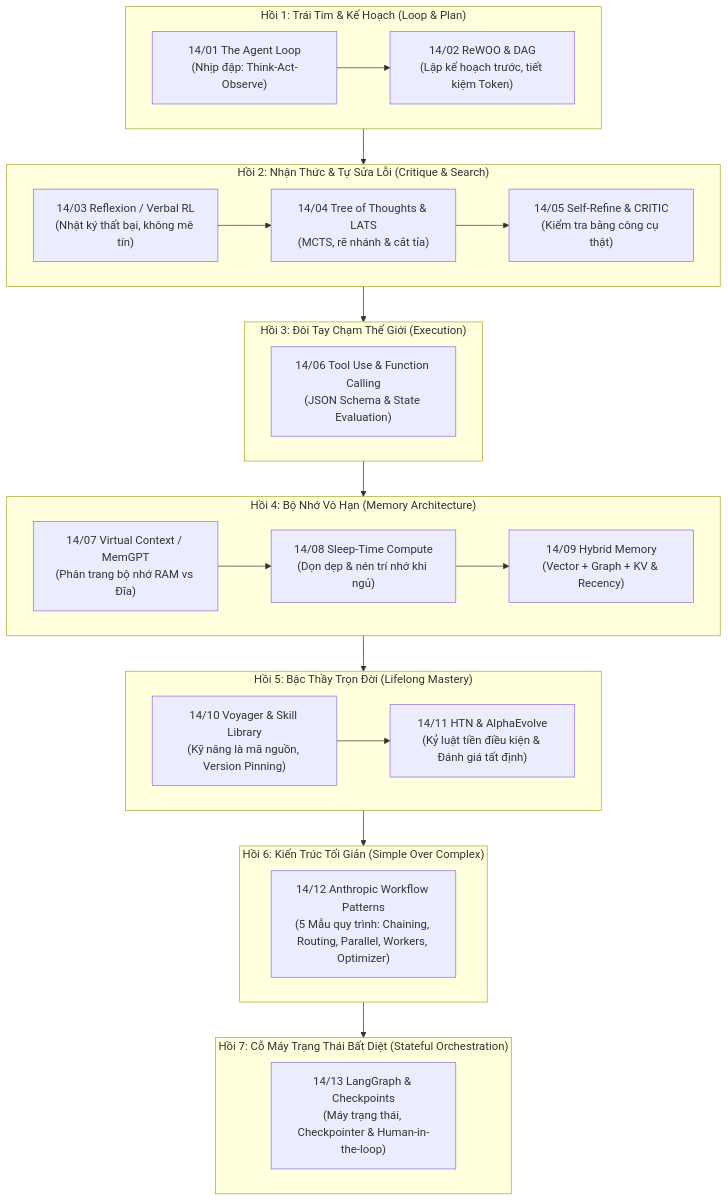
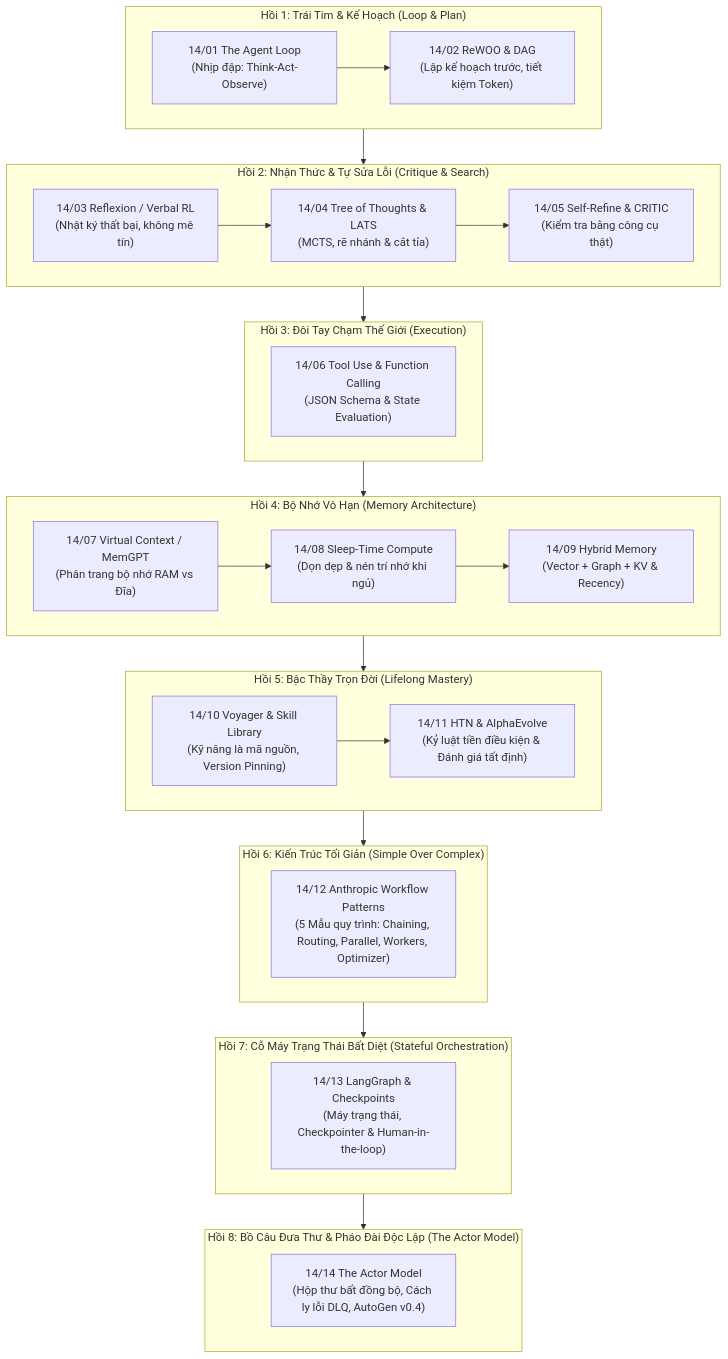
One commit to tangerine0000/ai-engineer-sandbox changed the diagram in REPORT.md. Above: the diagram before and after it, drawn with Mermaid. The commit also changed other lines of this file and 2 other files, not shown here.

````diff
--- a/REPORT.md
+++ b/REPORT.md
@@ -8,34 +8,38 @@
 ```mermaid
 flowchart TD
     subgraph Act1["Hồi 1: Trái Tim & Kế Hoạch (Loop & Plan)"]
         L01["14/01 The Agent Loop<br/>(Nhịp đập: Think-Act-Observe)"] --> L02["14/02 ReWOO & DAG<br/>(Lập kế hoạch trước, tiết kiệm Token)"]
     end
 
     subgraph Act2["Hồi 2: Nhận Thức & Tự Sửa Lỗi (Critique & Search)"]
         L03["14/03 Reflexion / Verbal RL<br/>(Nhật ký thất bại, không mê tín)"] --> L04["14/04 Tree of Thoughts & LATS<br/>(MCTS, rẽ nhánh & cắt tỉa)"]
         L04 --> L05["14/05 Self-Refine & CRITIC<br/>(Kiểm tra bằng công cụ thật)"]
     end
 
     subgraph Act3["Hồi 3: Đôi Tay Chạm Thế Giới (Execution)"]
         L06["14/06 Tool Use & Function Calling<br/>(JSON Schema & State Evaluation)"]
     end
 
     subgraph Act4["Hồi 4: Bộ Nhớ Vô Hạn (Memory Architecture)"]
         L07["14/07 Virtual Context / MemGPT<br/>(Phân trang bộ nhớ RAM vs Đĩa)"] --> L08["14/08 Sleep-Time Compute<br/>(Dọn dẹp & nén trí nhớ khi ngủ)"]
         L08 --> L09["14/09 Hybrid Memory<br/>(Vector + Graph + KV & Recency)"]
     end
 
     subgraph Act5["Hồi 5: Bậc Thầy Trọn Đời (Lifelong Mastery)"]
         L10["14/10 Voyager & Skill Library<br/>(Kỹ năng là mã nguồn, Version Pinning)"] --> L11["14/11 HTN & AlphaEvolve<br/>(Kỷ luật tiền điều kiện & Đánh giá tất định)"]
     end
 
     subgraph Act6["Hồi 6: Kiến Trúc Tối Giản (Simple Over Complex)"]
         L12["14/12 Anthropic Workflow Patterns<br/>(5 Mẫu quy trình: Chaining, Routing, Parallel, Workers, Optimizer)"]
     end
 
     subgraph Act7["Hồi 7: Cỗ Máy Trạng Thái Bất Diệt (Stateful Orchestration)"]
         L13["14/13 LangGraph & Checkpoints<br/>(Máy trạng thái, Checkpointer & Human-in-the-loop)"]
     end
 
-    Act1 --> Act2 --> Act3 --> Act4 --> Act5 --> Act6 --> Act7
+    subgraph Act8["Hồi 8: Bồ Câu Đưa Thư & Pháo Đài Độc Lập (The Actor Model)"]
+        L14["14/14 The Actor Model<br/>(Hộp thư bất đồng bộ, Cách ly lỗi DLQ, AutoGen v0.4)"]
+    end
+
+    Act1 --> Act2 --> Act3 --> Act4 --> Act5 --> Act6 --> Act7 --> Act8
 ```
````
